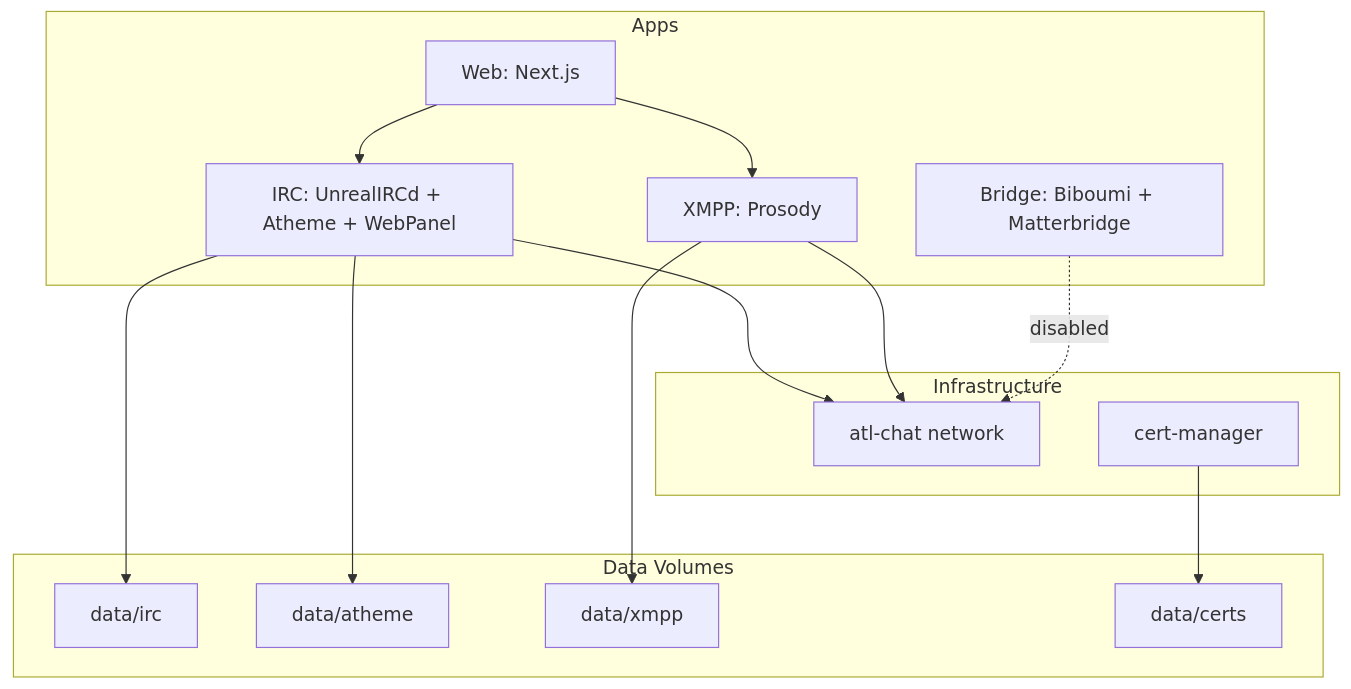
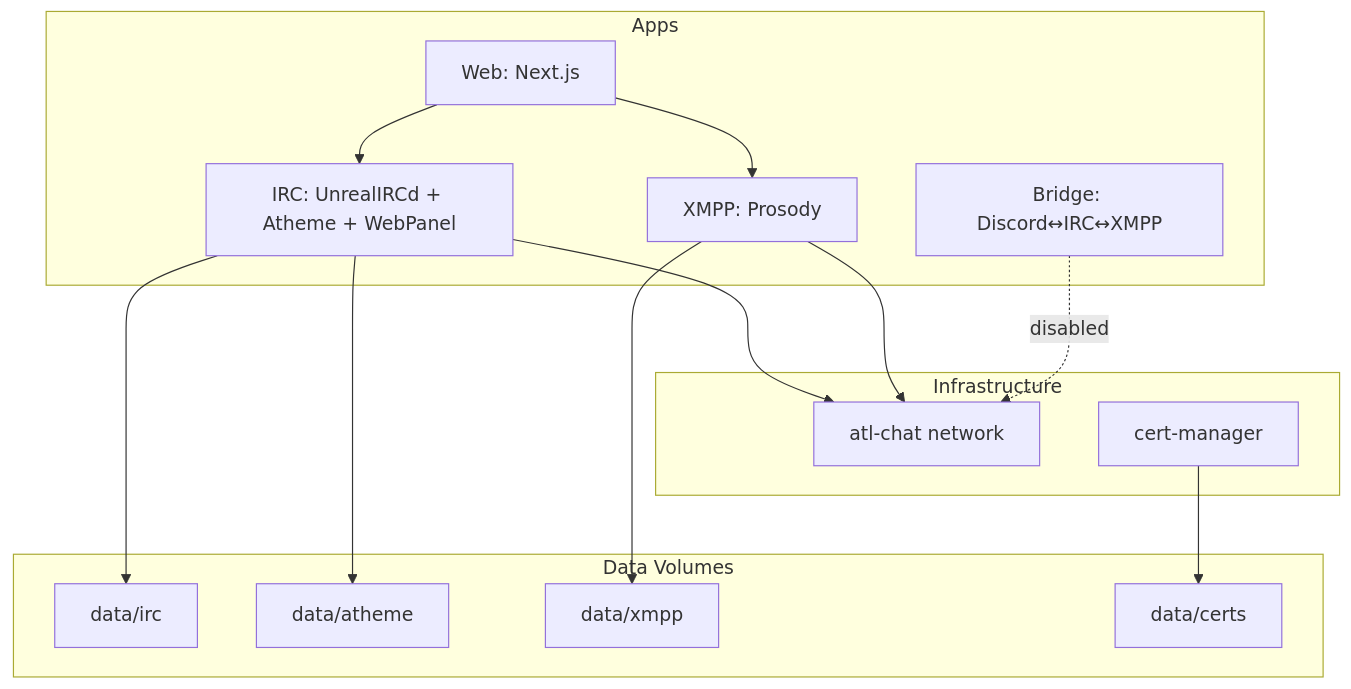
Before and after one commit to allthingslinux/atl.chat: the diagram in .cursor/plans/atl.chat_codebase_architecture_audit_a6482578.plan.md, drawn with Mermaid. The commit also changed other lines of this file and 12 other files, not shown here.

First line of the commit message:
refactor: consolidate bridge services into a single Discord↔IRC↔XMPP submodule

````diff
--- a/.cursor/plans/atl.chat_codebase_architecture_audit_a6482578.plan.md
+++ b/.cursor/plans/atl.chat_codebase_architecture_audit_a6482578.plan.md
@@ -735,31 +732,31 @@
 ```mermaid
 flowchart TB
     subgraph apps [Apps]
         IRC[IRC: UnrealIRCd + Atheme + WebPanel]
         XMPP[XMPP: Prosody]
         Web[Web: Next.js]
-        Bridge[Bridge: Biboumi + Matterbridge]
+        Bridge[Bridge: Discord↔IRC↔XMPP]
     end
 
     subgraph infra [Infrastructure]
         Net[atl-chat network]
         Cert[cert-manager]
     end
 
     subgraph data [Data Volumes]
         D1[data/irc]
         D2[data/atheme]
         D3[data/xmpp]
         D4[data/certs]
     end
 
     IRC --> Net
     XMPP --> Net
     Web --> IRC
     Web --> XMPP
     Bridge -.->|disabled| Net
     Cert --> D4
     IRC --> D1
     IRC --> D2
     XMPP --> D3
 ```
````
